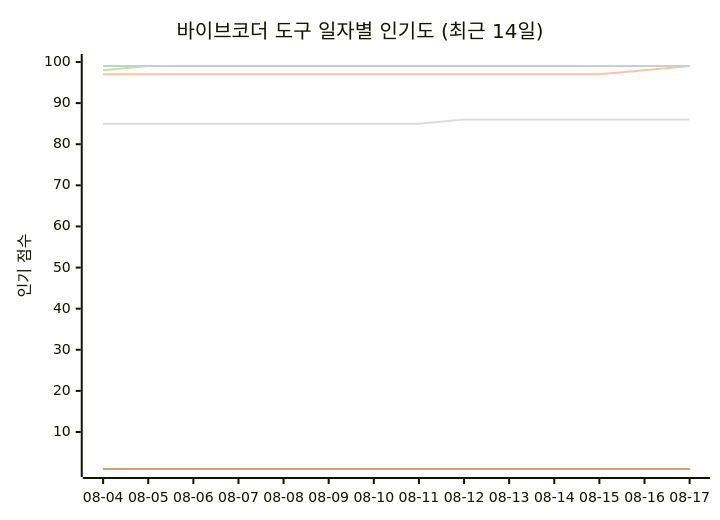
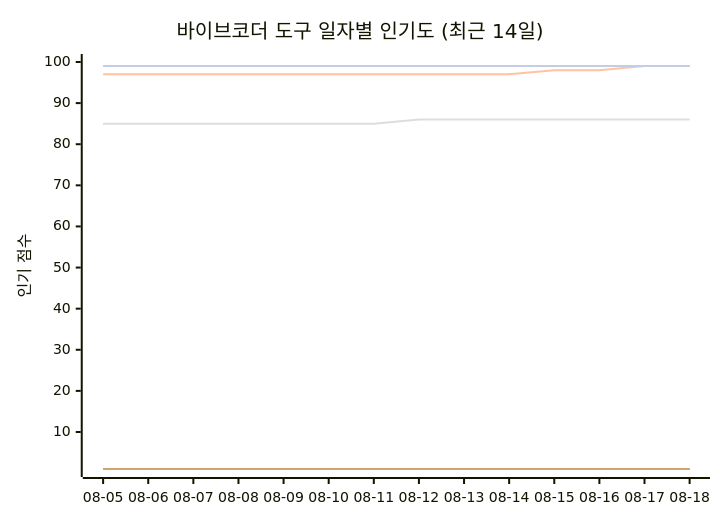
The seventh of 11 diagrams in README_ko.md (tykimos/ai-whatchelin), drawn with Mermaid before and after one commit. The commit also changed other lines of this file and 4 other files, not shown here.

````diff
--- a/README_ko.md
+++ b/README_ko.md
@@ -2251,13 +2251,13 @@
 ```mermaid
 xychart-beta
     title "바이브코더 도구 일자별 인기도 (최근 14일)"
-    x-axis ["08-04", "08-05", "08-06", "08-07", "08-08", "08-09", "08-10", "08-11", "08-12", "08-13", "08-14", "08-15", "08-16", "08-17"]
+    x-axis ["08-05", "08-06", "08-07", "08-08", "08-09", "08-10", "08-11", "08-12", "08-13", "08-14", "08-15", "08-16", "08-17", "08-18"]
     y-axis "인기 점수" 1 --> 100
     line "Claude Code" [99, 99, 99, 99, 99, 99, 99, 99, 99, 99, 99, 99, 99, 99]
     line "GH Copilot" [1, 1, 1, 1, 1, 1, 1, 1, 1, 1, 1, 1, 1, 1]
-    line "Cursor" [97, 97, 97, 97, 97, 97, 97, 97, 97, 97, 97, 97, 98, 99]
-    line "Windsurf" [85, 85, 85, 85, 85, 85, 85, 85, 86, 86, 86, 86, 86, 86]
-    line "Codex CLI" [98, 99, 99, 99, 99, 99, 99, 99, 99, 99, 99, 99, 99, 99]
+    line "Cursor" [97, 97, 97, 97, 97, 97, 97, 97, 97, 97, 98, 98, 99, 99]
+    line "Windsurf" [85, 85, 85, 85, 85, 85, 85, 86, 86, 86, 86, 86, 86, 86]
+    line "Codex CLI" [99, 99, 99, 99, 99, 99, 99, 99, 99, 99, 99, 99, 99, 99]
     line "Gemini CLI" [1, 1, 1, 1, 1, 1, 1, 1, 1, 1, 1, 1, 1, 1]
     line "Antigravity" [99, 99, 99, 99, 99, 99, 99, 99, 99, 99, 99, 99, 99, 99]
 ```
````
